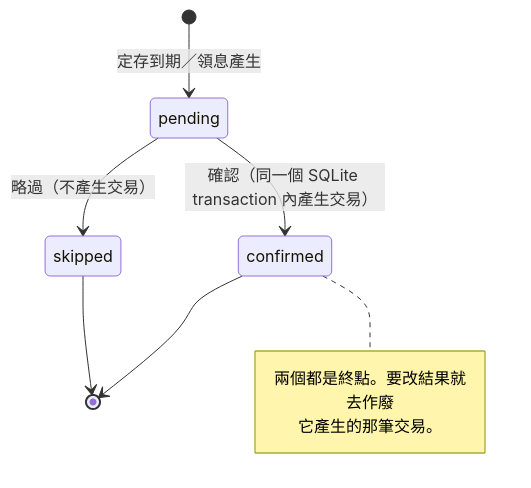
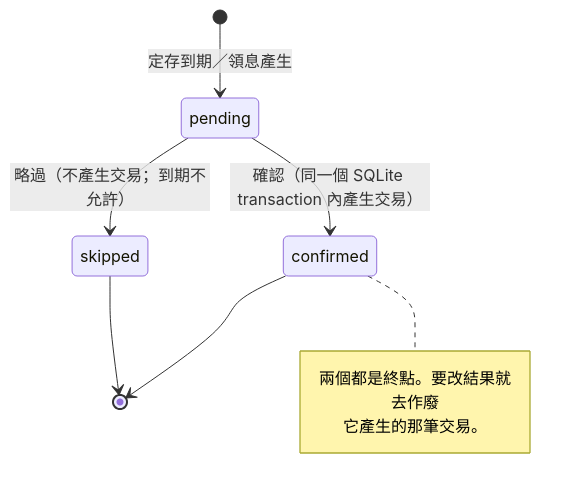
One commit to SpringRain555/tagcor-ledger changed the third of 5 diagrams in docs/architecture/state-machines.md. Above: the diagram before and after it, drawn with Mermaid. The commit also changed other lines of this file and 45 other files, not shown here.

````diff
--- a/docs/architecture/state-machines.md
+++ b/docs/architecture/state-machines.md
@@ -152,12 +152,12 @@
 ```mermaid
 stateDiagram-v2
     [*] --> pending: 定存到期／領息產生
     pending --> confirmed: 確認（同一個 SQLite transaction 內產生交易）
-    pending --> skipped: 略過（不產生交易）
+    pending --> skipped: 略過（不產生交易；到期不允許）
     confirmed --> [*]
     skipped --> [*]
     note right of confirmed
         兩個都是終點。要改結果就去作廢
         它產生的那筆交易。
     end note
 ```
````
